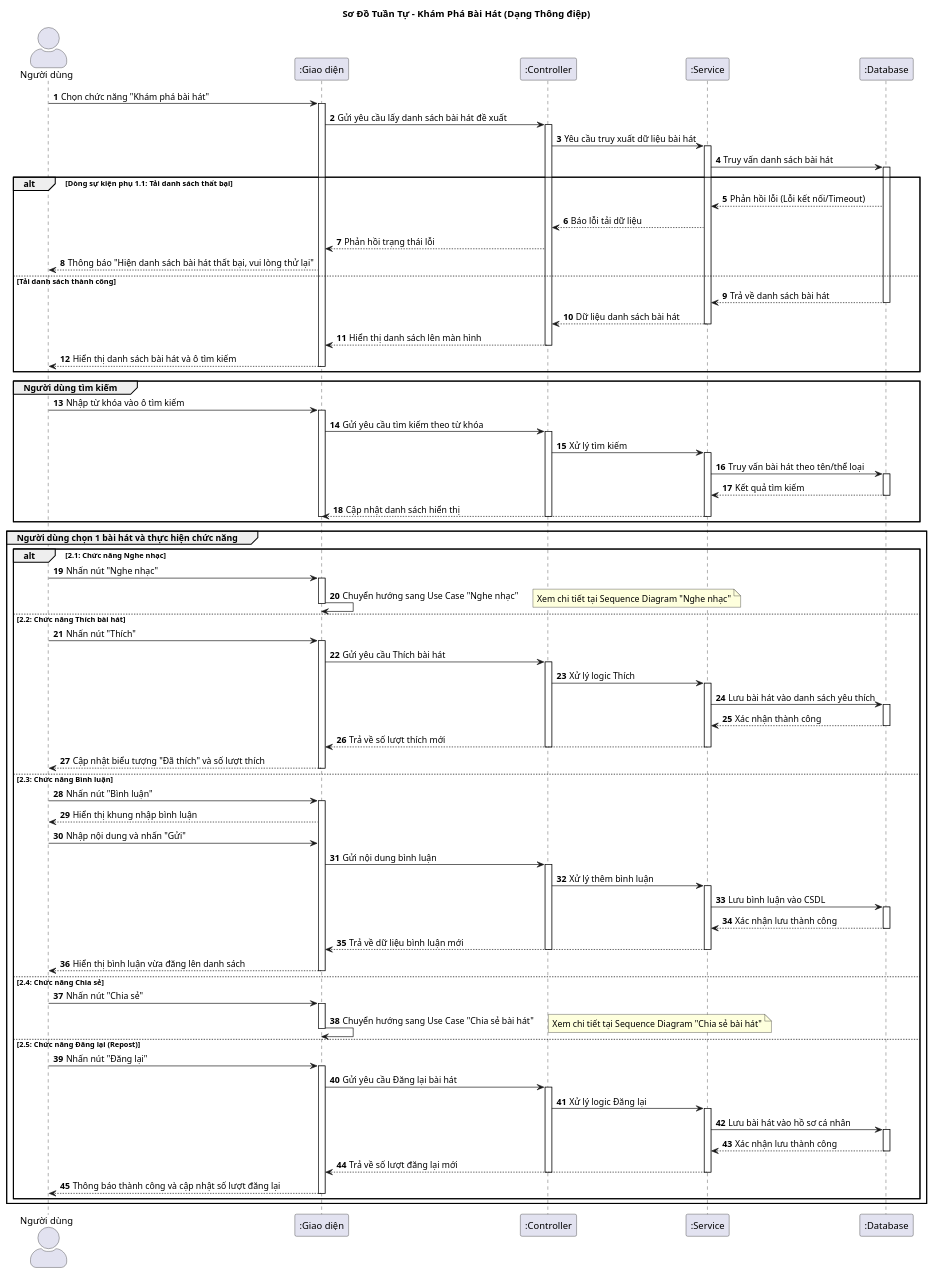
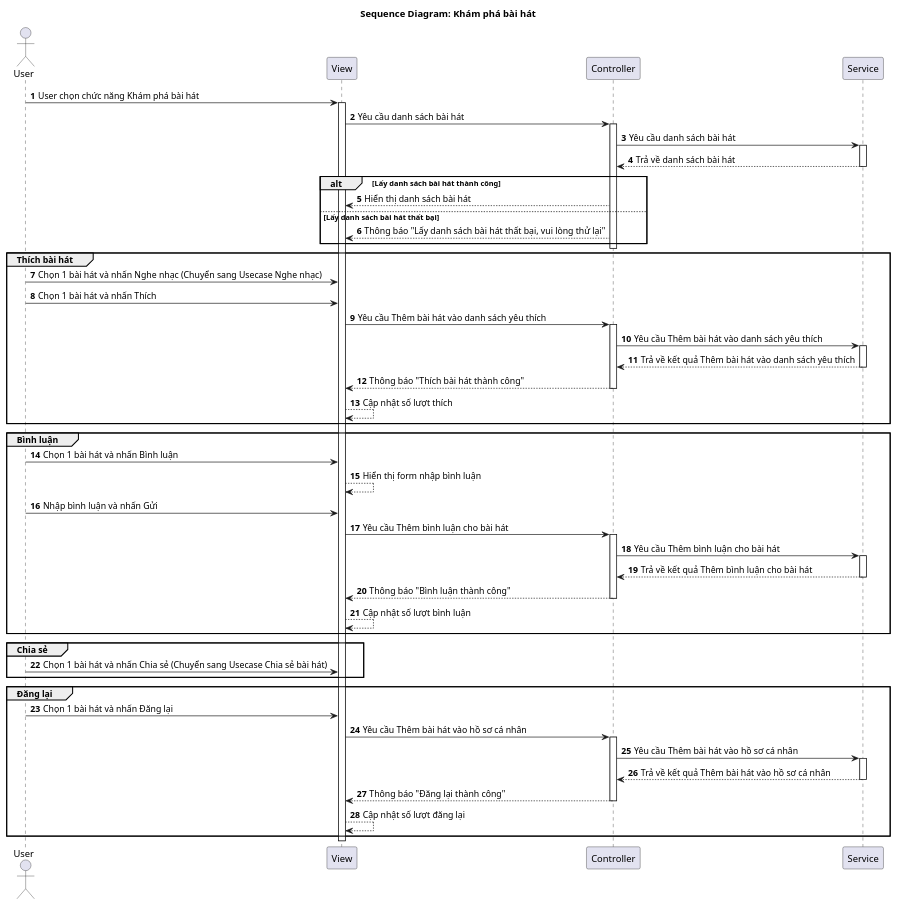
One commit to vinh047/soundwave changed the diagram in Diagrams/SequenceDiagram/ExploreSongs.plantuml. Above: the diagram before and after it, drawn with PlantUML. The commit also changed 27 other files, not shown here.

Commit message:
Sửa đặc tả UC (Chia sẻ lên platform thôi,...), đơn giản hoá Sequence, sửa CD và thêm mô tả CD

```diff
--- a/Diagrams/SequenceDiagram/ExploreSongs.plantuml
+++ b/Diagrams/SequenceDiagram/ExploreSongs.plantuml
@@ -1,139 +1,75 @@
-@startuml Sequence Diagram - Khám Phá Bài Hát (Thông điệp)
+@startuml SD
 
-title Sơ Đồ Tuần Tự - Khám Phá Bài Hát (Dạng Thông điệp)
-skinparam sequenceActorStyle awesome
-skinparam responseMessageBelowArrow true
+actor "User" as User
+participant "View" as View
+participant "Controller" as Controller
+participant "Service" as Service
 
-actor "Người dùng" as User
-participant ":Giao diện" as UI
-participant ":Controller" as Controller
-participant ":Service" as Service
-participant ":Database" as DB
+title Sequence Diagram: Khám phá bài hát
 
 autonumber
 
-' === BƯỚC 1: HIỂN THỊ DANH SÁCH (Dòng sự kiện chính 1) ===
-User -> UI: Chọn chức năng "Khám phá bài hát"
-activate UI
+User -> View: User chọn chức năng Khám phá bài hát
+activate View
+View -> Controller: Yêu cầu danh sách bài hát
+activate Controller
+Controller -> Service: Yêu cầu danh sách bài hát
+activate Service
+Service --> Controller: Trả về danh sách bài hát
+deactivate Service
 
-UI -> Controller: Gửi yêu cầu lấy danh sách bài hát đề xuất
+alt Lấy danh sách bài hát thành công
+Controller --> View: Hiển thị danh sách bài hát
+else Lấy danh sách bài hát thất bại
+    Controller --> View: Thông báo "Lấy danh sách bài hát thất bại, vui lòng thử lại"
+end
+deactivate Controller
+
+group Thích bài hát
+User -> View: Chọn 1 bài hát và nhấn Nghe nhạc (Chuyển sang Usecase Nghe nhạc)
+User -> View: Chọn 1 bài hát và nhấn Thích
+View -> Controller: Yêu cầu Thêm bài hát vào danh sách yêu thích
 activate Controller
-Controller -> Service: Yêu cầu truy xuất dữ liệu bài hát
+Controller -> Service: Yêu cầu Thêm bài hát vào danh sách yêu thích
 activate Service
-
-Service -> DB: Truy vấn danh sách bài hát
-activate DB
-
-alt Dòng sự kiện phụ 1.1: Tải danh sách thất bại
-    DB --> Service: Phản hồi lỗi (Lỗi kết nối/Timeout)
-    Service --> Controller: Báo lỗi tải dữ liệu
-    Controller --> UI: Phản hồi trạng thái lỗi
-    
-    UI --> User: Thông báo "Hiện danh sách bài hát thất bại, vui lòng thử lại"
-
-else Tải danh sách thành công
-    DB --> Service: Trả về danh sách bài hát
-    deactivate DB
-    
-    Service --> Controller: Dữ liệu danh sách bài hát
-    deactivate Service
-    
-    Controller --> UI: Hiển thị danh sách lên màn hình
-    deactivate Controller
-    
-    UI --> User: Hiển thị danh sách bài hát và ô tìm kiếm
-    deactivate UI
+Service --> Controller: Trả về kết quả Thêm bài hát vào danh sách yêu thích
+deactivate Service
+Controller --> View: Thông báo "Thích bài hát thành công"
+deactivate Controller
+View --> View: Cập nhật số lượt thích
 end
 
-' === BƯỚC 2: TÌM KIẾM ===
-group Người dùng tìm kiếm
-    User -> UI: Nhập từ khóa vào ô tìm kiếm
-    activate UI
-    UI -> Controller: Gửi yêu cầu tìm kiếm theo từ khóa
-    activate Controller
-    Controller -> Service: Xử lý tìm kiếm
-    activate Service
-    Service -> DB: Truy vấn bài hát theo tên/thể loại
-    activate DB
-    DB --> Service: Kết quả tìm kiếm
-    deactivate DB
-    Service --> UI: Cập nhật danh sách hiển thị
-    deactivate Service
-    deactivate Controller
-    deactivate UI
+group Bình luận
+User -> View: Chọn 1 bài hát và nhấn Bình luận
+View --> View: Hiển thị form nhập bình luận
+User -> View: Nhập bình luận và nhấn Gửi
+View -> Controller: Yêu cầu Thêm bình luận cho bài hát
+activate Controller
+Controller -> Service: Yêu cầu Thêm bình luận cho bài hát
+activate Service
+Service --> Controller: Trả về kết quả Thêm bình luận cho bài hát
+deactivate Service
+Controller --> View: Thông báo "Bình luận thành công"
+deactivate Controller
+View --> View: Cập nhật số lượt bình luận
 end
 
-' === BƯỚC 3: TƯƠNG TÁC (Dòng sự kiện chính 2, 3, 4) ===
-group Người dùng chọn 1 bài hát và thực hiện chức năng
+group Chia sẻ
+User -> View: Chọn 1 bài hát và nhấn Chia sẻ (Chuyển sang Usecase Chia sẻ bài hát)
+end
 
-    alt 2.1: Chức năng Nghe nhạc
-        User -> UI: Nhấn nút "Nghe nhạc"
-        activate UI
-        UI -> UI: Chuyển hướng sang Use Case "Nghe nhạc"
-        note right: Xem chi tiết tại Sequence Diagram "Nghe nhạc"
-        deactivate UI
+group Đăng lại
+User -> View: Chọn 1 bài hát và nhấn Đăng lại
+View -> Controller: Yêu cầu Thêm bài hát vào hồ sơ cá nhân
+activate Controller
+Controller -> Service: Yêu cầu Thêm bài hát vào hồ sơ cá nhân
+activate Service
+Service --> Controller: Trả về kết quả Thêm bài hát vào hồ sơ cá nhân
+deactivate Service
+Controller --> View: Thông báo "Đăng lại thành công"
+deactivate Controller
+View --> View: Cập nhật số lượt đăng lại
+end
 
-    else 2.2: Chức năng Thích bài hát
-        User -> UI: Nhấn nút "Thích"
-        activate UI
-        UI -> Controller: Gửi yêu cầu Thích bài hát
-        activate Controller
-        Controller -> Service: Xử lý logic Thích
-        activate Service
-        Service -> DB: Lưu bài hát vào danh sách yêu thích
-        activate DB
-        DB --> Service: Xác nhận thành công
-        deactivate DB
-        Service --> UI: Trả về số lượt thích mới
-        deactivate Service
-        deactivate Controller
-        UI --> User: Cập nhật biểu tượng "Đã thích" và số lượt thích
-        deactivate UI
-
-    else 2.3: Chức năng Bình luận
-        User -> UI: Nhấn nút "Bình luận"
-        activate UI
-        UI --> User: Hiển thị khung nhập bình luận
-        User -> UI: Nhập nội dung và nhấn "Gửi"
-        
-        UI -> Controller: Gửi nội dung bình luận
-        activate Controller
-        Controller -> Service: Xử lý thêm bình luận
-        activate Service
-        Service -> DB: Lưu bình luận vào CSDL
-        activate DB
-        DB --> Service: Xác nhận lưu thành công
-        deactivate DB
-        Service --> UI: Trả về dữ liệu bình luận mới
-        deactivate Service
-        deactivate Controller
-        
-        UI --> User: Hiển thị bình luận vừa đăng lên danh sách
-        deactivate UI
-
-    else 2.4: Chức năng Chia sẻ
-        User -> UI: Nhấn nút "Chia sẻ"
-        activate UI
-        UI -> UI: Chuyển hướng sang Use Case "Chia sẻ bài hát"
-        note right: Xem chi tiết tại Sequence Diagram "Chia sẻ bài hát"
-        deactivate UI
-
-    else 2.5: Chức năng Đăng lại (Repost)
-        User -> UI: Nhấn nút "Đăng lại"
-        activate UI
-        UI -> Controller: Gửi yêu cầu Đăng lại bài hát
-        activate Controller
-        Controller -> Service: Xử lý logic Đăng lại
-        activate Service
-        Service -> DB: Lưu bài hát vào hồ sơ cá nhân
-        activate DB
-        DB --> Service: Xác nhận lưu thành công
-        deactivate DB
-        Service --> UI: Trả về số lượt đăng lại mới
-        deactivate Service
-        deactivate Controller
-        UI --> User: Thông báo thành công và cập nhật số lượt đăng lại
-        deactivate UI
-    end
-end
+deactivate View
 @enduml
```
